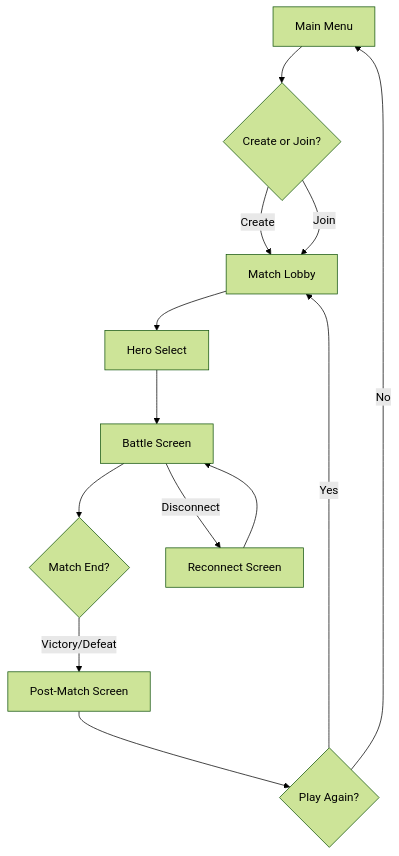
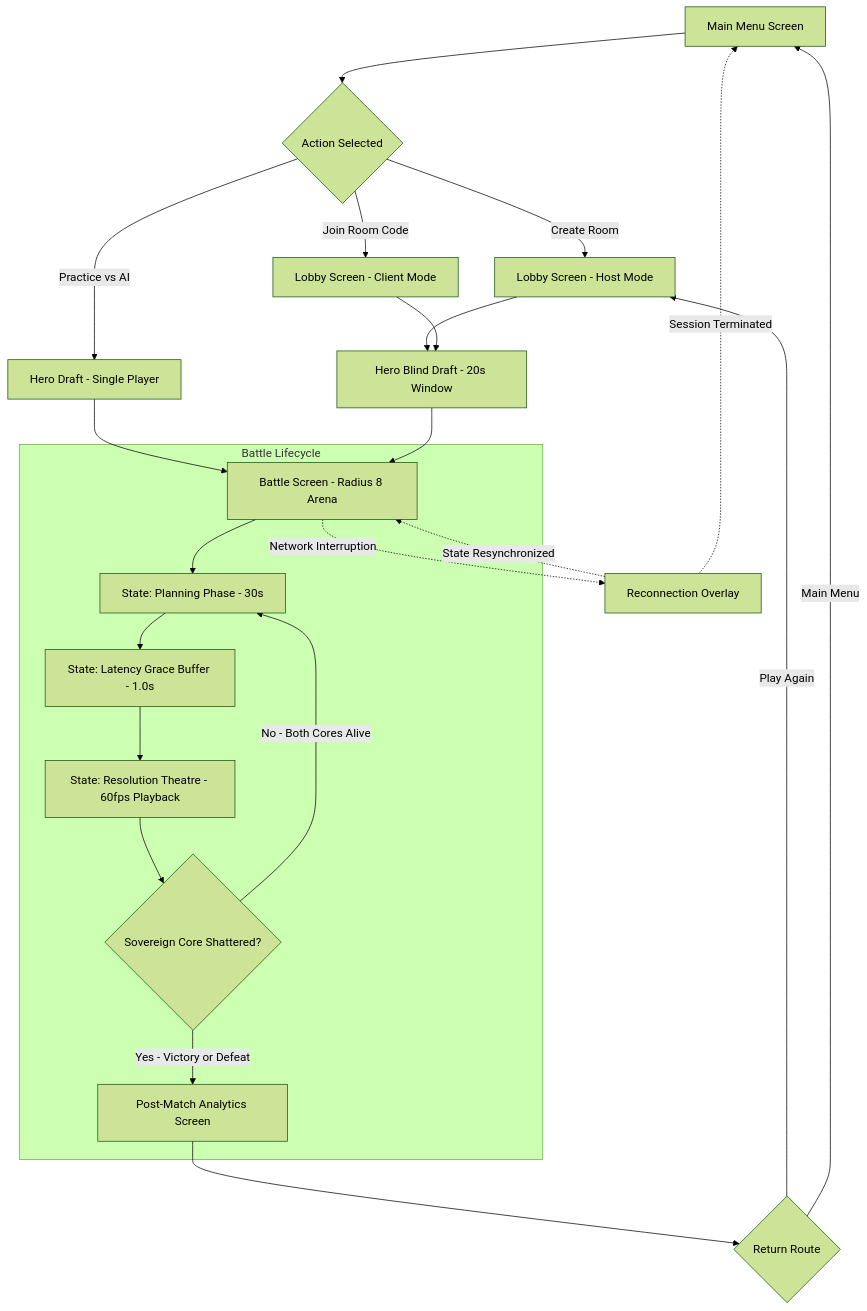
One commit to garnizeh/hexabellum changed the second of 5 diagrams in docs/ui-ux.md. Above: the diagram before and after it, drawn with Mermaid (forest theme). The commit also changed other lines of this file and 11 other files, not shown here.

````diff
--- a/docs/ui-ux.md
+++ b/docs/ui-ux.md
@@ -66,15 +65,27 @@
 ```mermaid
 flowchart TD
-    A[Main Menu] --> B{Create or Join?}
-    B -->|Create| C[Match Lobby]
-    B -->|Join| C
-    C --> D[Hero Select]
-    D --> E[Battle Screen]
-    E --> F{Match End?}
-    F -->|Victory/Defeat| G[Post-Match Screen]
-    G --> H{Play Again?}
-    H -->|Yes| C
-    H -->|No| A
-    E -->|Disconnect| I[Reconnect Screen]
-    I --> E
+    A[Main Menu Screen] --> B{Action Selected}
+    B -->|Create Room| C[Lobby Screen - Host Mode]
+    B -->|Join Room Code| C2[Lobby Screen - Client Mode]
+    B -->|Practice vs AI| D[Hero Draft - Single Player]
+    C --> E[Hero Blind Draft - 20s Window]
+    C2 --> E
+    D --> F[Battle Screen - Radius 8 Arena]
+    E --> F
+    
+    subgraph "Battle Lifecycle"
+        F --> G[State: Planning Phase - 30s]
+        G --> H[State: Latency Grace Buffer - 1.0s]
+        H --> I[State: Resolution Theatre - 60fps Playback]
+        I --> J{Sovereign Core Shattered?}
+        J -->|No - Both Cores Alive| G
+        J -->|Yes - Victory or Defeat| K[Post-Match Analytics Screen]
+    end
+    
+    F -.->|Network Interruption| L[Reconnection Overlay]
+    L -.->|State Resynchronized| F
+    L -.->|Session Terminated| A
+    K --> M{Return Route}
+    M -->|Play Again| C
+    M -->|Main Menu| A
 ```
````
